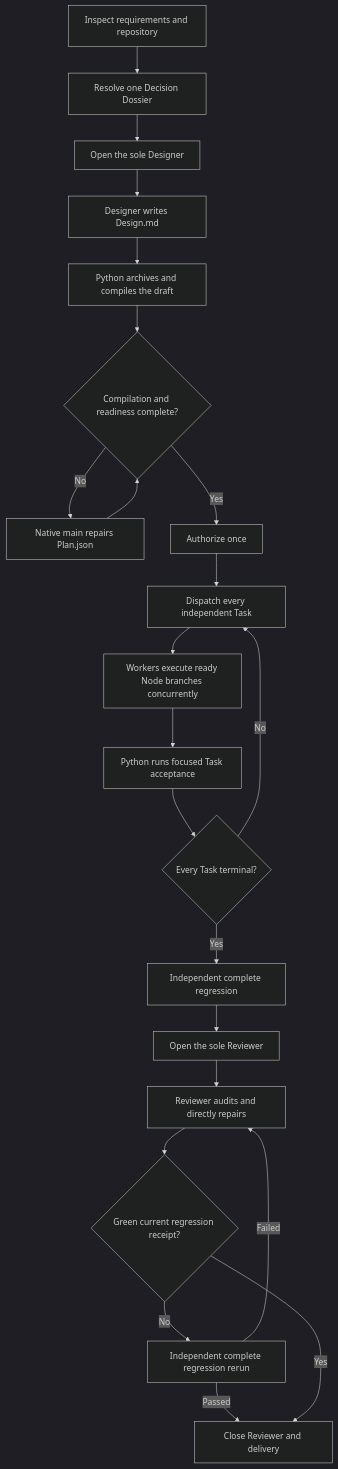
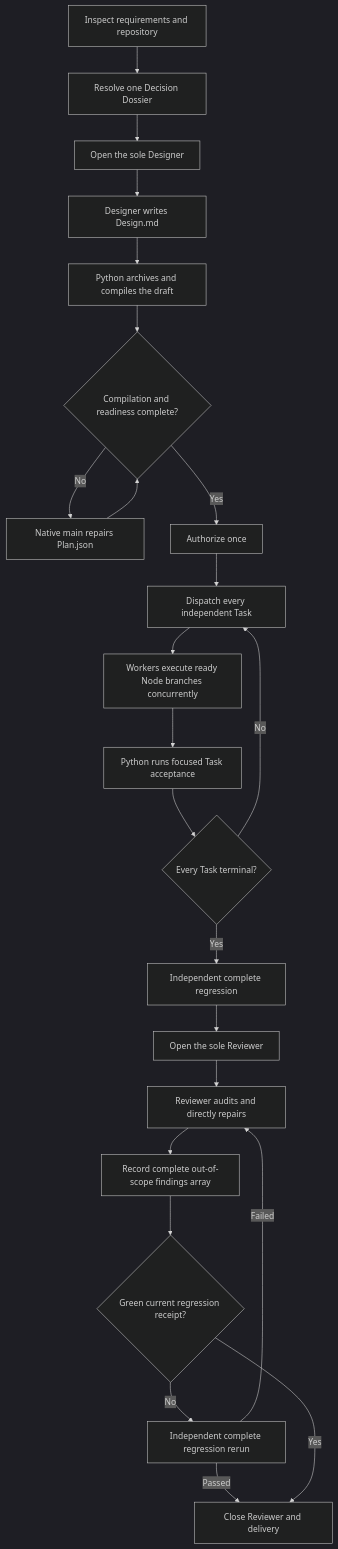
One commit to Unka-Malloc/better-plan changed the diagram in references/workflow.md. Above: the diagram before and after it, drawn with Mermaid (dark theme). The commit also changed other lines of this file and 19 other files, not shown here.

````diff
--- a/references/workflow.md
+++ b/references/workflow.md
@@ -36,24 +36,25 @@
 ```mermaid
 flowchart TD
     A["Inspect requirements and repository"] --> B["Resolve one Decision Dossier"]
     B --> C["Open the sole Designer"]
     C --> D["Designer writes Design.md"]
     D --> E["Python archives and compiles the draft"]
     E --> F{"Compilation and readiness complete?"}
     F -- "No" --> G["Native main repairs Plan.json"]
     G --> F
     F -- "Yes" --> H["Authorize once"]
     H --> I["Dispatch every independent Task"]
     I --> J["Workers execute ready Node branches concurrently"]
     J --> K["Python runs focused Task acceptance"]
     K --> L{"Every Task terminal?"}
     L -- "No" --> I
     L -- "Yes" --> M["Independent complete regression"]
     M --> N["Open the sole Reviewer"]
     N --> O["Reviewer audits and directly repairs"]
-    O --> P{"Green current regression receipt?"}
+    O --> X["Record complete out-of-scope findings array"]
+    X --> P{"Green current regression receipt?"}
     P -- "No" --> Q["Independent complete regression rerun"]
     Q -- "Failed" --> O
     Q -- "Passed" --> R["Close Reviewer and delivery"]
     P -- "Yes" --> R
 ```
````
